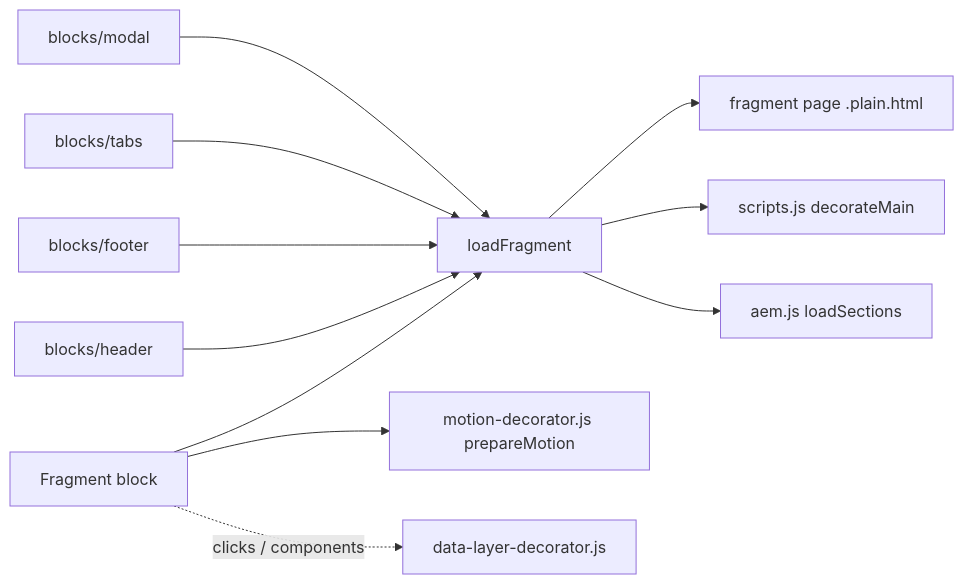
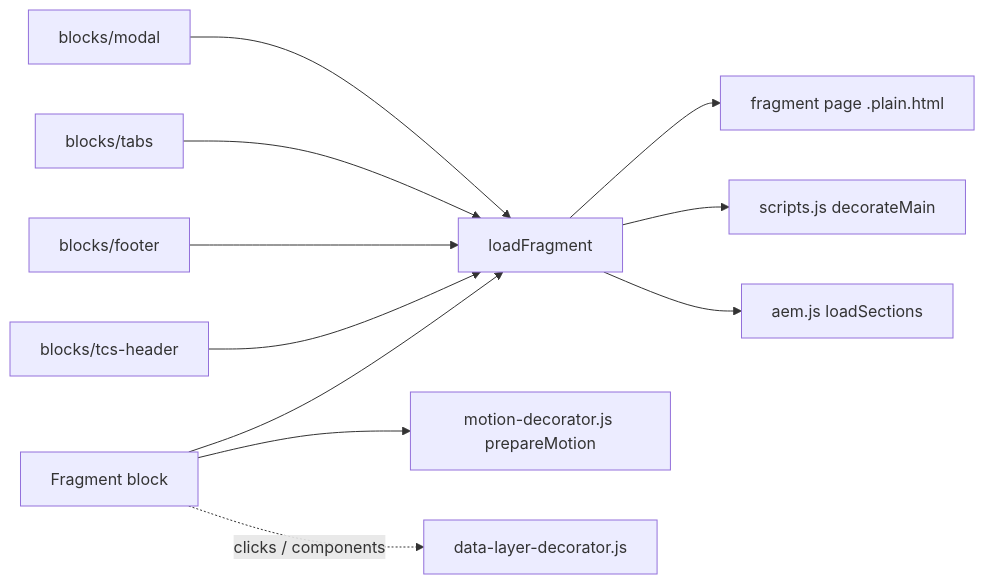
Before and after one commit to sradha-tcs/tcs-corp: the diagram in blocks/fragment/README.md, drawn with Mermaid. The commit also changed other lines of this file and 36 other files, not shown here.

````diff
--- a/blocks/fragment/README.md
+++ b/blocks/fragment/README.md
@@ -512,13 +512,13 @@
 ```mermaid
 graph LR
   FB[Fragment block] --> LF[loadFragment]
-  H[blocks/header] --> LF
+  H[blocks/tcs-header] --> LF
   F[blocks/footer] --> LF
   T[blocks/tabs] --> LF
   M[blocks/modal] --> LF
   LF --> PH[fragment page .plain.html]
   LF --> DM[scripts.js decorateMain]
   LF --> LS[aem.js loadSections]
   FB --> MO[motion-decorator.js prepareMotion]
   FB -. clicks / components .-> DL[data-layer-decorator.js]
 ```
````
